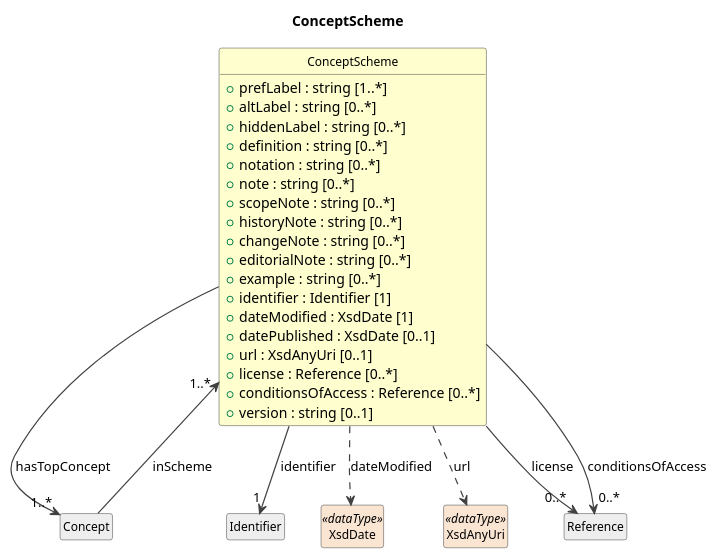
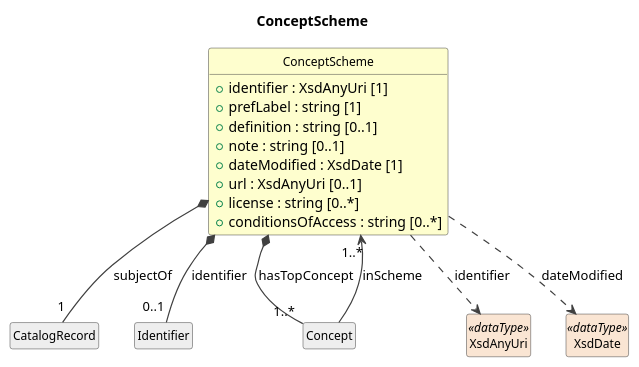
One commit to Cross-Domain-Interoperability-Framework/metadataBuildingBlocks changed the diagram in cdif-uml-model/CDIFCodelist/Classes/ConceptScheme.pu. Above: the diagram before and after it, drawn with PlantUML. The commit also changed 156 other files, not shown here.

First line of the commit message:
cdif-uml-model: regenerated CDIFCodelist (schema-aligned attributes)

```diff
--- a/cdif-uml-model/CDIFCodelist/Classes/ConceptScheme.pu
+++ b/cdif-uml-model/CDIFCodelist/Classes/ConceptScheme.pu
@@ -1,46 +1,35 @@
 @startuml
 title ConceptScheme
 hide circle
 hide empty members
 skinparam shadowing false
 skinparam ArrowThickness 1.2
 skinparam class {
   ArrowColor #404040
   BorderColor #404040
   FontSize 12
 }
 
 class "ConceptScheme" as ConceptScheme #FEFECE {
-  +prefLabel : string [1..*]
-  +altLabel : string [0..*]
-  +hiddenLabel : string [0..*]
-  +definition : string [0..*]
-  +notation : string [0..*]
-  +note : string [0..*]
-  +scopeNote : string [0..*]
-  +historyNote : string [0..*]
-  +changeNote : string [0..*]
-  +editorialNote : string [0..*]
-  +example : string [0..*]
-  +identifier : Identifier [1]
+  +identifier : XsdAnyUri [1]
+  +prefLabel : string [1]
+  +definition : string [0..1]
+  +note : string [0..1]
   +dateModified : XsdDate [1]
-  +datePublished : XsdDate [0..1]
   +url : XsdAnyUri [0..1]
-  +license : Reference [0..*]
-  +conditionsOfAccess : Reference [0..*]
-  +version : string [0..1]
+  +license : string [0..*]
+  +conditionsOfAccess : string [0..*]
 }
+class "CatalogRecord" as CatalogRecord #EEEEEE
+ConceptScheme *-- "1" CatalogRecord : subjectOf
+class "Identifier" as Identifier #EEEEEE
+ConceptScheme *-- "0..1" Identifier : identifier
 class "Concept" as Concept #EEEEEE
-ConceptScheme --> "1..*" Concept : hasTopConcept
+ConceptScheme *-- "1..*" Concept : hasTopConcept
 Concept --> "1..*" ConceptScheme : inScheme
-class "Identifier" as Identifier #EEEEEE
-ConceptScheme --> "1" Identifier : identifier
+class "XsdAnyUri" as XsdAnyUri <<dataType>> #FAE5D3
+ConceptScheme ..> XsdAnyUri : identifier
 class "XsdDate" as XsdDate <<dataType>> #FAE5D3
 ConceptScheme ..> XsdDate : dateModified
-class "XsdAnyUri" as XsdAnyUri <<dataType>> #FAE5D3
-ConceptScheme ..> XsdAnyUri : url
-class "Reference" as Reference #EEEEEE
-ConceptScheme --> "0..*" Reference : license
-ConceptScheme --> "0..*" Reference : conditionsOfAccess
 
 @enduml
```
